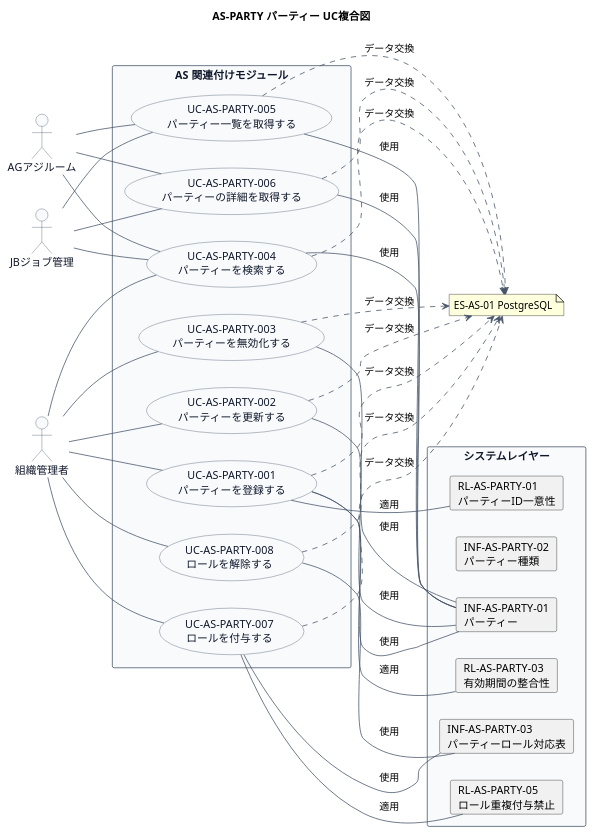
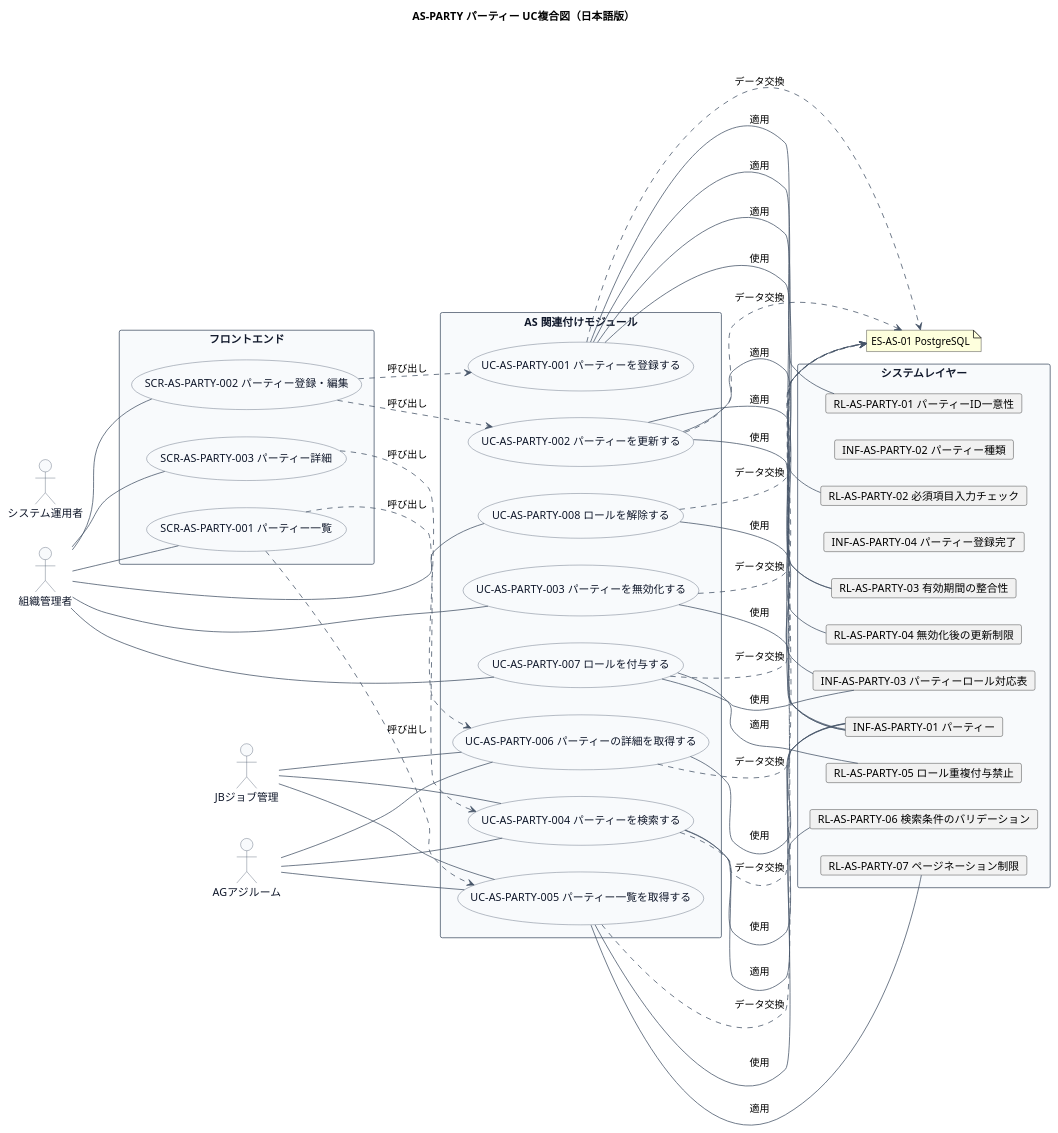
The second of 2 diagrams in docs/22 要件定義書/AS 関連付け/03 機能要件/AS-PARTY パーティー/03.システム境界/UC複合図.md (mizo432/modulith-learning), drawn with PlantUML before and after one commit. The commit also changed other lines of this file and 403 other files, not shown here.

First line of the commit message:
docs: AS関連付け事業領域のRDRAフェーズ2完了 - UC複合図、情報属性一覧の追加・修正

````diff
--- a/docs/22 要件定義書/AS 関連付け/03 機能要件/AS-PARTY パーティー/03.システム境界/UC複合図.md
+++ b/docs/22 要件定義書/AS 関連付け/03 機能要件/AS-PARTY パーティー/03.システム境界/UC複合図.md
@@ -11,6 +123,6 @@
 ```plantuml
 @startuml
-title AS-PARTY パーティー UC複合図
+title AS-PARTY パーティー UC複合図（日本語版）
 left to right direction
 
 skinparam usecase {
@@ -32,43 +144,62 @@
 skinparam shadowing false
 
 actor "組織管理者" as Admin
+actor "システム運用者" as Operator
 actor "JBジョブ管理" as JB
 actor "AGアジルーム" as AG
 
 note "ES-AS-01 PostgreSQL" as ES01
 
+rectangle "フロントエンド" {
+  usecase "SCR-AS-PARTY-001 パーティー一覧" as SCR001
+  usecase "SCR-AS-PARTY-002 パーティー登録・編集" as SCR002
+  usecase "SCR-AS-PARTY-003 パーティー詳細" as SCR003
+}
+
 rectangle "AS 関連付けモジュール" {
-  usecase "UC-AS-PARTY-001\nパーティーを登録する" as UC001
-  usecase "UC-AS-PARTY-002\nパーティーを更新する" as UC002
-  usecase "UC-AS-PARTY-003\nパーティーを無効化する" as UC003
-  usecase "UC-AS-PARTY-004\nパーティーを検索する" as UC004
-  usecase "UC-AS-PARTY-005\nパーティー一覧を取得する" as UC005
-  usecase "UC-AS-PARTY-006\nパーティーの詳細を取得する" as UC006
-  usecase "UC-AS-PARTY-007\nロールを付与する" as UC007
-  usecase "UC-AS-PARTY-008\nロールを解除する" as UC008
+  usecase "UC-AS-PARTY-001 パーティーを登録する" as UC001
+  usecase "UC-AS-PARTY-002 パーティーを更新する" as UC002
+  usecase "UC-AS-PARTY-003 パーティーを無効化する" as UC003
+  usecase "UC-AS-PARTY-004 パーティーを検索する" as UC004
+  usecase "UC-AS-PARTY-005 パーティー一覧を取得する" as UC005
+  usecase "UC-AS-PARTY-006 パーティーの詳細を取得する" as UC006
+  usecase "UC-AS-PARTY-007 ロールを付与する" as UC007
+  usecase "UC-AS-PARTY-008 ロールを解除する" as UC008
 }
 
 rectangle "システムレイヤー" {
-  card "INF-AS-PARTY-01\nパーティー" as INF01
-  card "INF-AS-PARTY-02\nパーティー種類" as INF02
-  card "INF-AS-PARTY-03\nパーティーロール対応表" as INF03
-  card "RL-AS-PARTY-01\nパーティーID一意性" as RL01
-  card "RL-AS-PARTY-03\n有効期間の整合性" as RL03
-  card "RL-AS-PARTY-05\nロール重複付与禁止" as RL05
+  card "INF-AS-PARTY-01 パーティー" as INF01
+  card "INF-AS-PARTY-02 パーティー種類" as INF02
+  card "INF-AS-PARTY-03 パーティーロール対応表" as INF03
+  card "INF-AS-PARTY-04 パーティー登録完了" as INF04
+  card "RL-AS-PARTY-01 パーティーID一意性" as RL01
+  card "RL-AS-PARTY-02 必須項目入力チェック" as RL02
+  card "RL-AS-PARTY-03 有効期間の整合性" as RL03
+  card "RL-AS-PARTY-04 無効化後の更新制限" as RL04
+  card "RL-AS-PARTY-05 ロール重複付与禁止" as RL05
+  card "RL-AS-PARTY-06 検索条件のバリデーション" as RL06
+  card "RL-AS-PARTY-07 ページネーション制限" as RL07
 }
 
-Admin -- UC001
-Admin -- UC002
-Admin -- UC003
-Admin -- UC004
-Admin -- UC007
-Admin -- UC008
+Admin -- SCR001
+Admin -- SCR002
+Admin -- SCR003
 JB -- UC004
 JB -- UC005
 JB -- UC006
 AG -- UC004
 AG -- UC005
 AG -- UC006
+
+SCR001 ..> UC004 : 呼び出し
+SCR001 ..> UC005 : 呼び出し
+SCR002 ..> UC001 : 呼び出し
+SCR002 ..> UC002 : 呼び出し
+SCR003 ..> UC006 : 呼び出し
+
+Admin -- UC003
+Admin -- UC007
+Admin -- UC008
 
 UC001 ..> ES01 : データ交換
 UC002 ..> ES01 : データ交換
@@ -89,7 +220,12 @@
 UC008 -- INF03 : 使用
 
 UC001 -- RL01 : 適用
+UC001 -- RL02 : 適用
 UC001 -- RL03 : 適用
+UC002 -- RL03 : 適用
+UC002 -- RL04 : 適用
+UC004 -- RL06 : 適用
+UC005 -- RL07 : 適用
 UC007 -- RL05 : 適用
 @enduml
 ```
````
